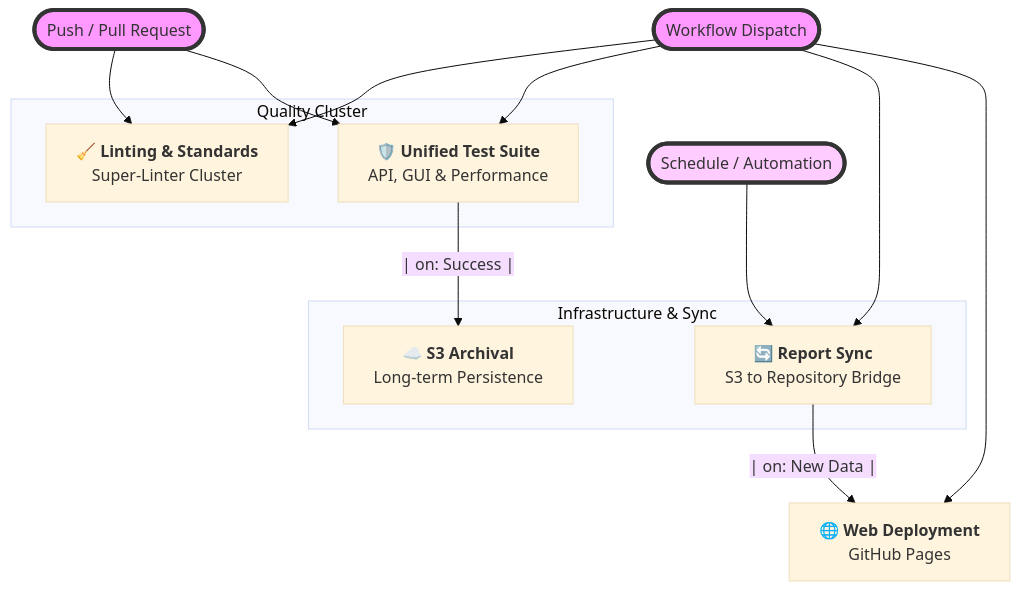
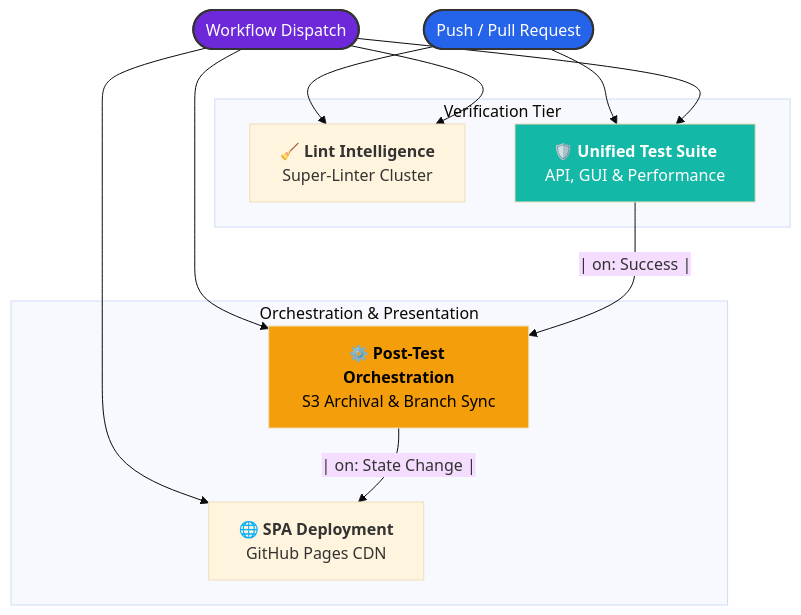
Before and after one commit to carlos-camara/dashboard: the diagram in .github/workflows/README.md, drawn with Mermaid (base theme). The commit also changed other lines of this file and 4 other files, not shown here.

````diff
--- a/.github/workflows/README.md
+++ b/.github/workflows/README.md
@@ -11,43 +13,40 @@
 ```mermaid
 graph TD
     %% Triggers
     Start([Push / Pull Request])
     Manual([Workflow Dispatch])
-    Schedule([Schedule / Automation])
     
-    style Start fill:#f9f,stroke:#333,stroke-width:4px
-    style Manual fill:#f9f,stroke:#333,stroke-width:4px
-    style Schedule fill:#fcf,stroke:#333,stroke-width:4px
+    style Start fill:#2563eb,color:#fff,stroke:#333,stroke-width:2px
+    style Manual fill:#6d28d9,color:#fff,stroke:#333,stroke-width:2px
 
-    %% Main Workflows
-    Lint["<b>🧹 Linting & Standards</b><br/>Super-Linter Cluster"]
+    %% Quality Tier
+    Lint["<b>🧹 Lint Intelligence</b><br/>Super-Linter Cluster"]
     UTS["<b>🛡️ Unified Test Suite</b><br/>API, GUI & Performance"]
     
-    %% Reactive Flows
-    DS3["<b>☁️ S3 Archival</b><br/>Long-term Persistence"]
-    RS["<b>🔄 Report Sync</b><br/>S3 to Repository Bridge"]
-    DF["<b>🌐 Web Deployment</b><br/>GitHub Pages"]
+    %% Orchestration Tier
+    PTO["<b>⚙️ Post-Test Orchestration</b><br/>S3 Archival & Branch Sync"]
+    DF["<b>🌐 SPA Deployment</b><br/>GitHub Pages CDN"]
 
     Start --> Lint
     Start --> UTS
     Manual --> Lint
     Manual --> UTS
-    Manual --> RS
+    Manual --> PTO
     Manual --> DF
     
-    Schedule --> RS
-
-    UTS -- "| on: Success |" --> DS3
+    UTS -- "| on: Success |" --> PTO
+    PTO -- "| on: State Change |" --> DF
     
-    RS -- "| on: New Data |" --> DF
-    
-    subgraph "Quality Cluster"
+    subgraph "Verification Tier"
         Lint
         UTS
     end
 
-    subgraph "Infrastructure & Sync"
-        DS3
-        RS
+    subgraph "Orchestration & Presentation"
+        PTO
+        DF
     end
+    
+    style PTO fill:#f59e0b,color:#000
+    style UTS fill:#14b8a6,color:#fff
 ```
````
